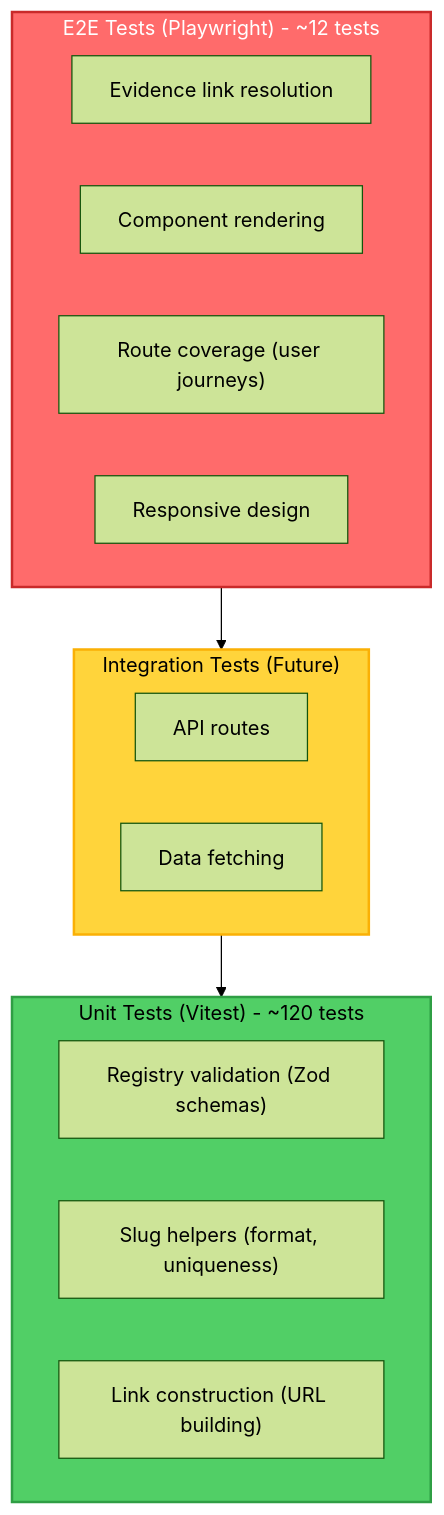
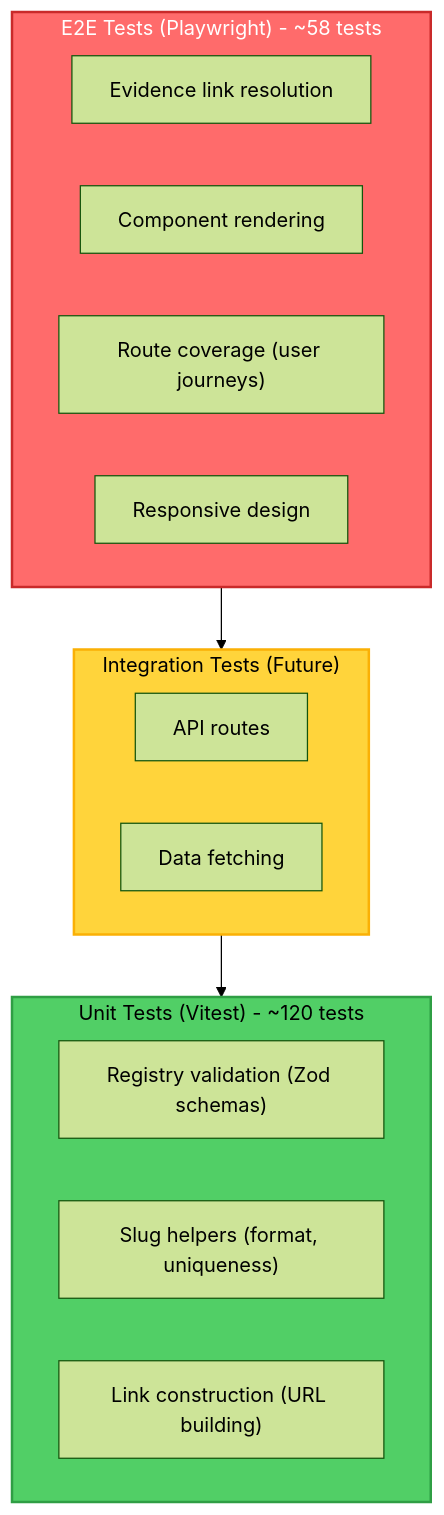
Before and after one commit to bryce-seefieldt/portfolio-docs: the diagram in docs/70-reference/testing-guide.md, drawn with Mermaid (forest theme). The commit also changed other lines of this file and 9 other files, not shown here.

````diff
--- a/docs/70-reference/testing-guide.md
+++ b/docs/70-reference/testing-guide.md
@@ -26,27 +26,27 @@
 ```mermaid
 graph TB
-    subgraph E2E["E2E Tests (Playwright) - ~12 tests"]
+    subgraph E2E["E2E Tests (Playwright) - ~58 tests"]
         E1["Evidence link resolution"]
         E2["Component rendering"]
         E3["Route coverage (user journeys)"]
         E4["Responsive design"]
     end
 
     subgraph INT["Integration Tests (Future)"]
         I1["API routes"]
         I2["Data fetching"]
     end
 
     subgraph UNIT["Unit Tests (Vitest) - ~120 tests"]
         U1["Registry validation (Zod schemas)"]
         U2["Slug helpers (format, uniqueness)"]
         U3["Link construction (URL building)"]
     end
 
     E2E --> INT
     INT --> UNIT
 
     style E2E fill:#ff6b6b,stroke:#c92a2a,stroke-width:2px,color:#fff
     style INT fill:#ffd43b,stroke:#fab005,stroke-width:2px,color:#000
     style UNIT fill:#51cf66,stroke:#2f9e44,stroke-width:2px,color:#000
 ```
````
